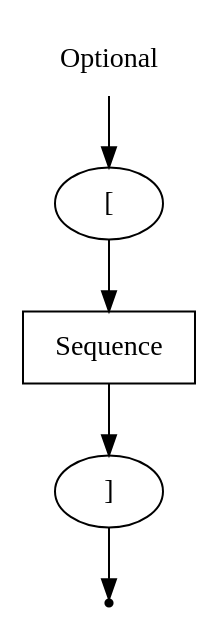
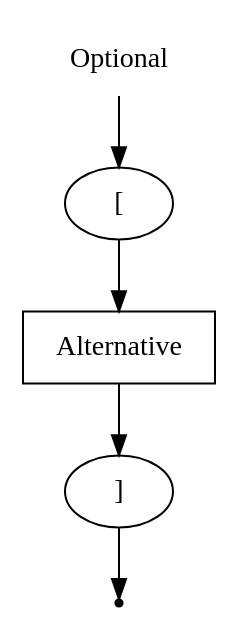
The diagram in DSLTools/examples/rbnf/wirth/Optional.gv (EgorGoluzin/DSL), drawn with Graphviz before and after one commit. The commit also changed 17 other files, not shown here.

```diff
--- a/DSLTools/examples/rbnf/wirth/Optional.gv
+++ b/DSLTools/examples/rbnf/wirth/Optional.gv
@@ -1,11 +1,11 @@
 digraph Optional {
     start [label = "Optional" shape = plaintext];
     end [label = "" shape = point];
-    A [label = "Sequence" shape = box];
+    A [label = "Alternative" shape = box];
     B [label = "[" shape = oval];
     C [label = "]" shape = oval];
     start -> B;
     B -> A;
     A -> C
     C -> end;
 }
```
